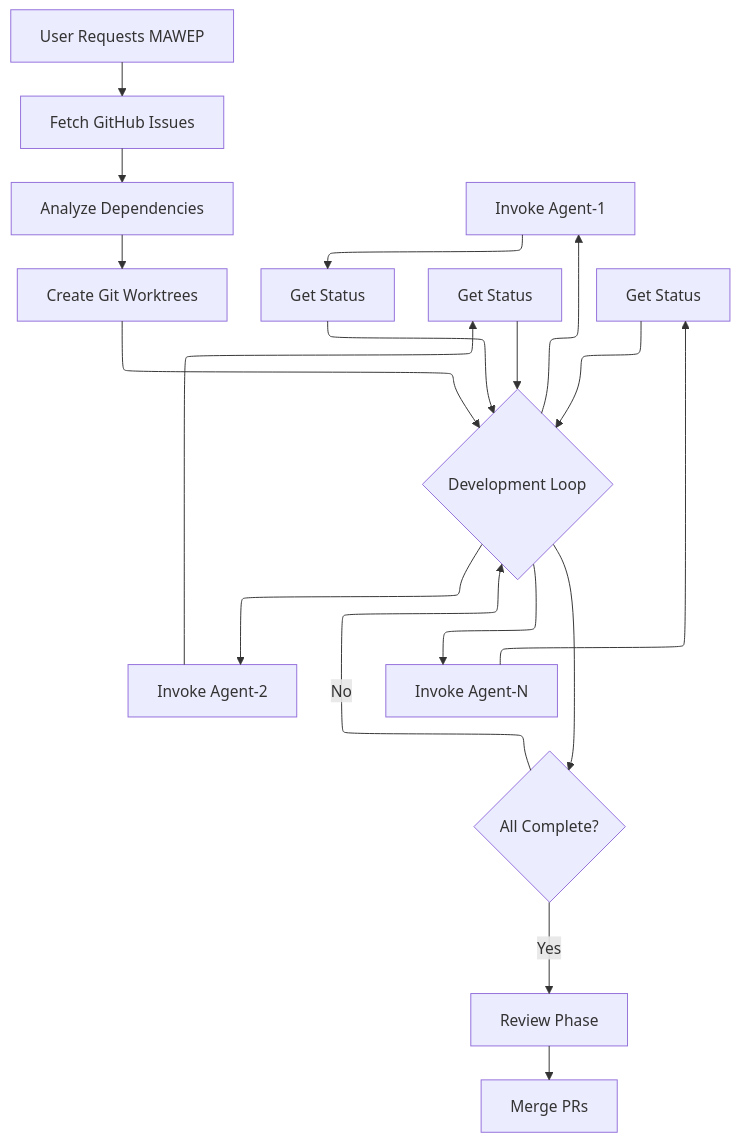
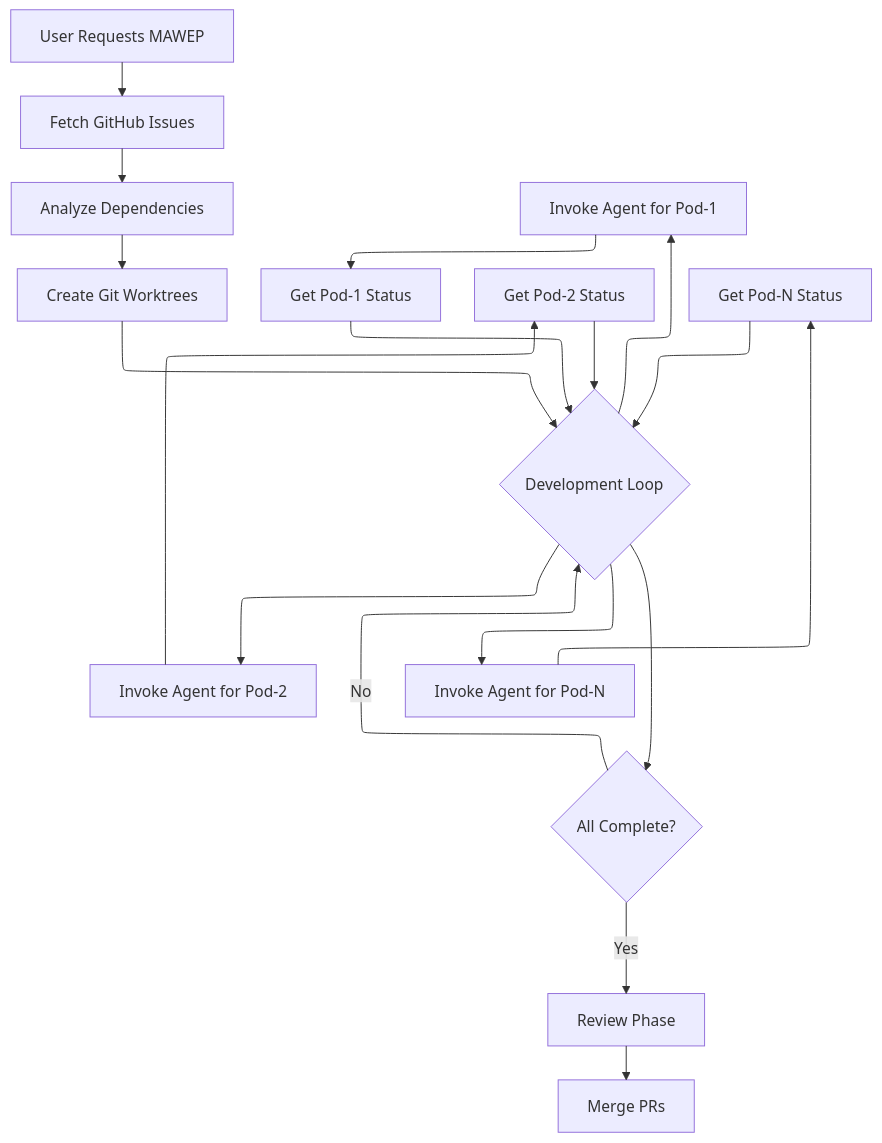
Before and after one commit to AeyeOps/prompt-packs: the first of 2 diagrams in README.md, drawn with Mermaid. The commit also changed other lines of this file and 1 other file, not shown here.

First line of the commit message:
fix: Update main repository README and CHANGELOG for pod/agent clarity

````diff
--- a/README.md
+++ b/README.md
@@ -27,25 +27,25 @@
 ```mermaid
 %%{init: {'flowchart': {'defaultRenderer': 'elk'}}}%%
 flowchart TD
     Start[User Requests MAWEP] --> Fetch[Fetch GitHub Issues]
     Fetch --> Analyze[Analyze Dependencies]
     Analyze --> CreateWT[Create Git Worktrees]
     CreateWT --> Loop{Development Loop}
     
-    Loop --> Invoke1[Invoke Agent-1]
-    Loop --> Invoke2[Invoke Agent-2]
-    Loop --> InvokeN[Invoke Agent-N]
+    Loop --> Invoke1[Invoke Agent for Pod-1]
+    Loop --> Invoke2[Invoke Agent for Pod-2]
+    Loop --> InvokeN[Invoke Agent for Pod-N]
     
-    Invoke1 --> Status1[Get Status]
-    Invoke2 --> Status2[Get Status]
-    InvokeN --> StatusN[Get Status]
+    Invoke1 --> Status1[Get Pod-1 Status]
+    Invoke2 --> Status2[Get Pod-2 Status]
+    InvokeN --> StatusN[Get Pod-N Status]
     
     Status1 --> Loop
     Status2 --> Loop
     StatusN --> Loop
     
     Loop --> Check{All Complete?}
     Check -->|No| Loop
     Check -->|Yes| Review[Review Phase]
     Review --> Merge[Merge PRs]
 ```
````
